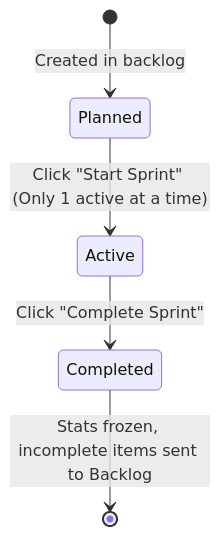
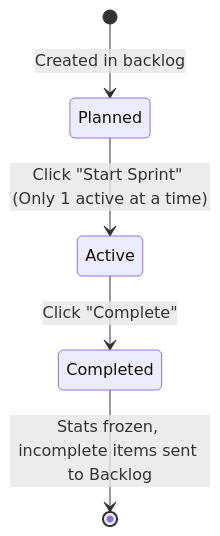
One commit to ritesh-sinha29/Wekraft-testing changed the diagram in src/content/docs/sprints.md. Above: the diagram before and after it, drawn with Mermaid. The commit also changed other lines of this file and 236 other files, not shown here.

````diff
--- a/src/content/docs/sprints.md
+++ b/src/content/docs/sprints.md
@@ -11,7 +21,7 @@
 ```mermaid
 stateDiagram-v2
     [*] --> Planned : Created in backlog
     Planned --> Active : Click "Start Sprint" (Only 1 active at a time)
-    Active --> Completed : Click "Complete Sprint"
+    Active --> Completed : Click "Complete"
     Completed --> [*] : Stats frozen, incomplete items sent to Backlog
 ```
````
